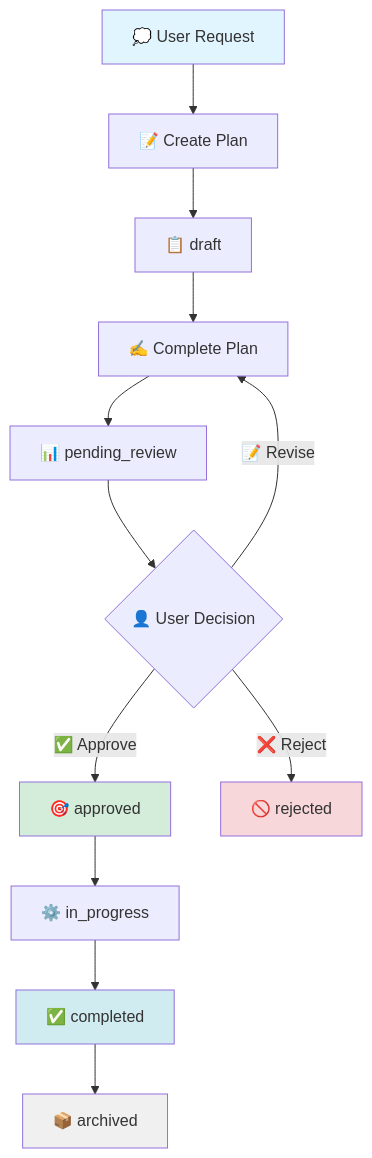
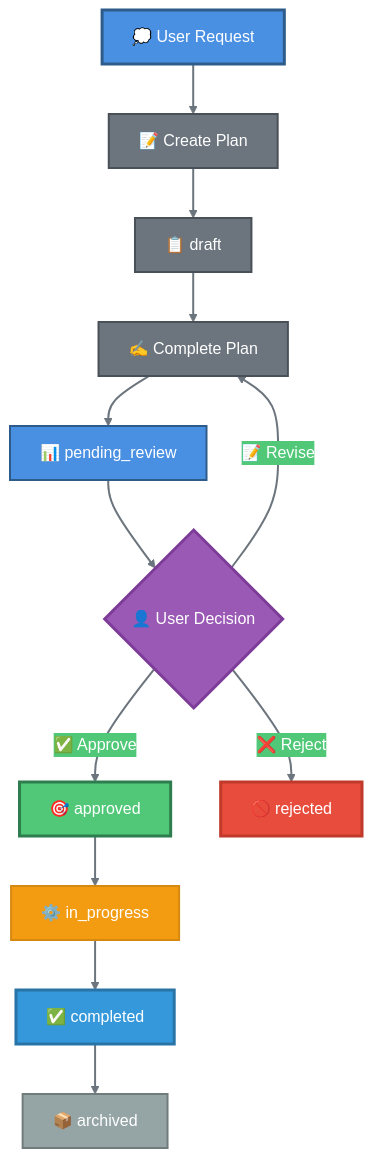
The first of 2 diagrams in README.md (neyrojasj/smart-agent), drawn with Mermaid before and after one commit. The commit also changed other lines of this file, not shown here.

First line of the commit message:
🎨 Improve README diagrams and formatting

````diff
--- a/README.md
+++ b/README.md
@@ -185,20 +189,29 @@
 ```mermaid
+%%{init: {'theme':'base', 'themeVariables': { 'primaryColor':'#4A90E2','primaryTextColor':'#fff','primaryBorderColor':'#2E5C8A','lineColor':'#6c757d','secondaryColor':'#50C878','tertiaryColor':'#E74C3C'}}}%%
 graph TD
     A[💭 User Request] --> B[📝 Create Plan]
     B --> C[📋 draft]
     C --> D[✍️ Complete Plan]
     D --> E[📊 pending_review]
     E --> F{👤 User Decision}
     F -->|✅ Approve| G[🎯 approved]
     F -->|❌ Reject| H[🚫 rejected]
     F -->|📝 Revise| D
     G --> I[⚙️ in_progress]
     I --> J[✅ completed]
     J --> K[📦 archived]
     
-    style A fill:#e1f5ff
-    style G fill:#d4edda
-    style H fill:#f8d7da
-    style J fill:#d1ecf1
-    style K fill:#f0f0f0
+    style A fill:#4A90E2,stroke:#2E5C8A,stroke-width:3px,color:#fff
+    style B fill:#6c757d,stroke:#495057,stroke-width:2px,color:#fff
+    style C fill:#6c757d,stroke:#495057,stroke-width:2px,color:#fff
+    style D fill:#6c757d,stroke:#495057,stroke-width:2px,color:#fff
+    style E fill:#4A90E2,stroke:#2E5C8A,stroke-width:2px,color:#fff
+    style F fill:#9B59B6,stroke:#7D3C98,stroke-width:3px,color:#fff
+    style G fill:#50C878,stroke:#2E7D4E,stroke-width:3px,color:#fff
+    style H fill:#E74C3C,stroke:#C0392B,stroke-width:3px,color:#fff
+    style I fill:#F39C12,stroke:#D68910,stroke-width:2px,color:#fff
+    style J fill:#3498DB,stroke:#2874A6,stroke-width:3px,color:#fff
+    style K fill:#95A5A6,stroke:#707B7C,stroke-width:2px,color:#fff
+    
+    linkStyle default stroke:#6c757d,stroke-width:2px
 ```
````
